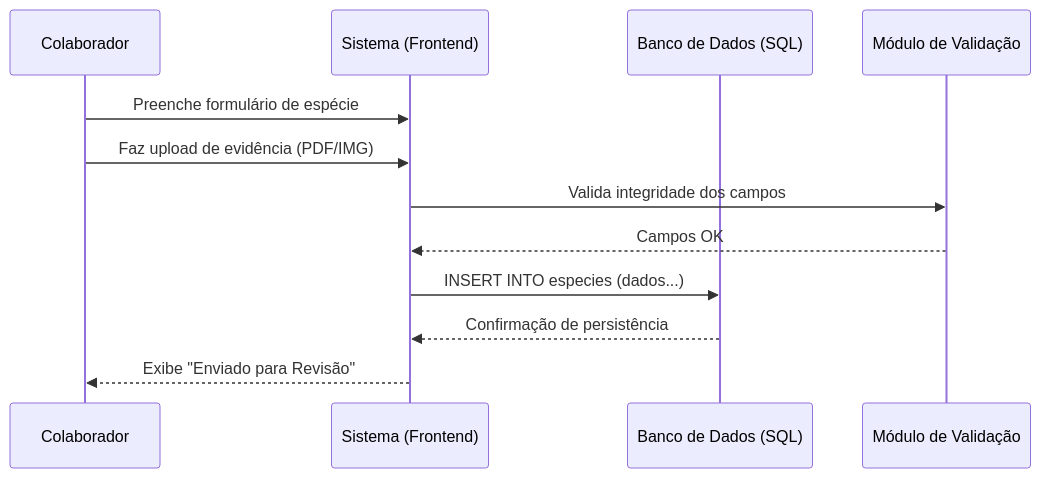
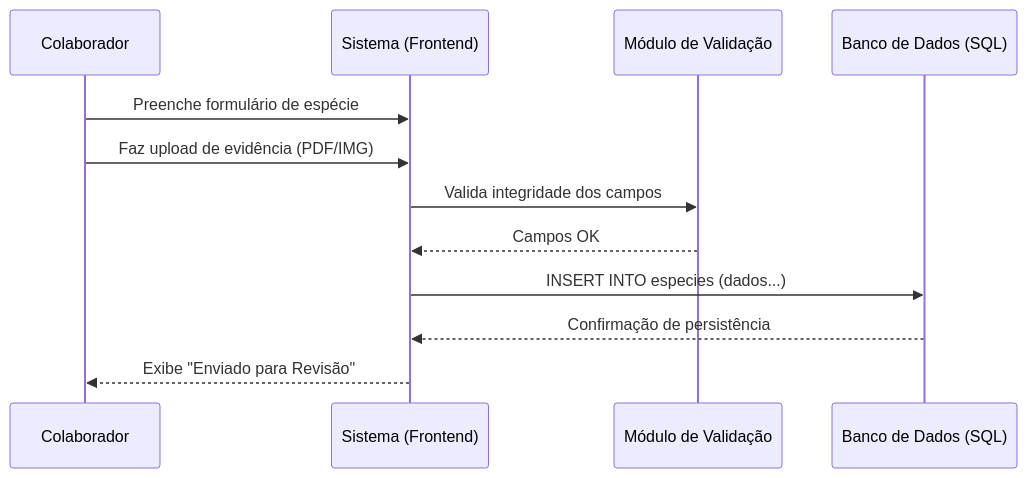
The second of 3 diagrams in README.md (Stelariz/MegaloData-Enciclop-dia-de-Identifica-o-de-Elasmobr-nquios), drawn with Mermaid before and after one commit. The commit also changed other lines of this file, not shown here.

````diff
--- a/README.md
+++ b/README.md
@@ -129,15 +158,15 @@
 ```mermaid
 sequenceDiagram
     participant C as Colaborador
     participant S as Sistema (Frontend)
+    participant V as Módulo de Validação
     participant B as Banco de Dados (SQL)
-    participant V as Módulo de Validação
 
     C->>S: Preenche formulário de espécie
     C->>S: Faz upload de evidência (PDF/IMG)
     S->>V: Valida integridade dos campos
     V-->>S: Campos OK
     S->>B: INSERT INTO especies (dados...)
     B-->>S: Confirmação de persistência
     S-->>C: Exibe "Enviado para Revisão"
 ```
````
